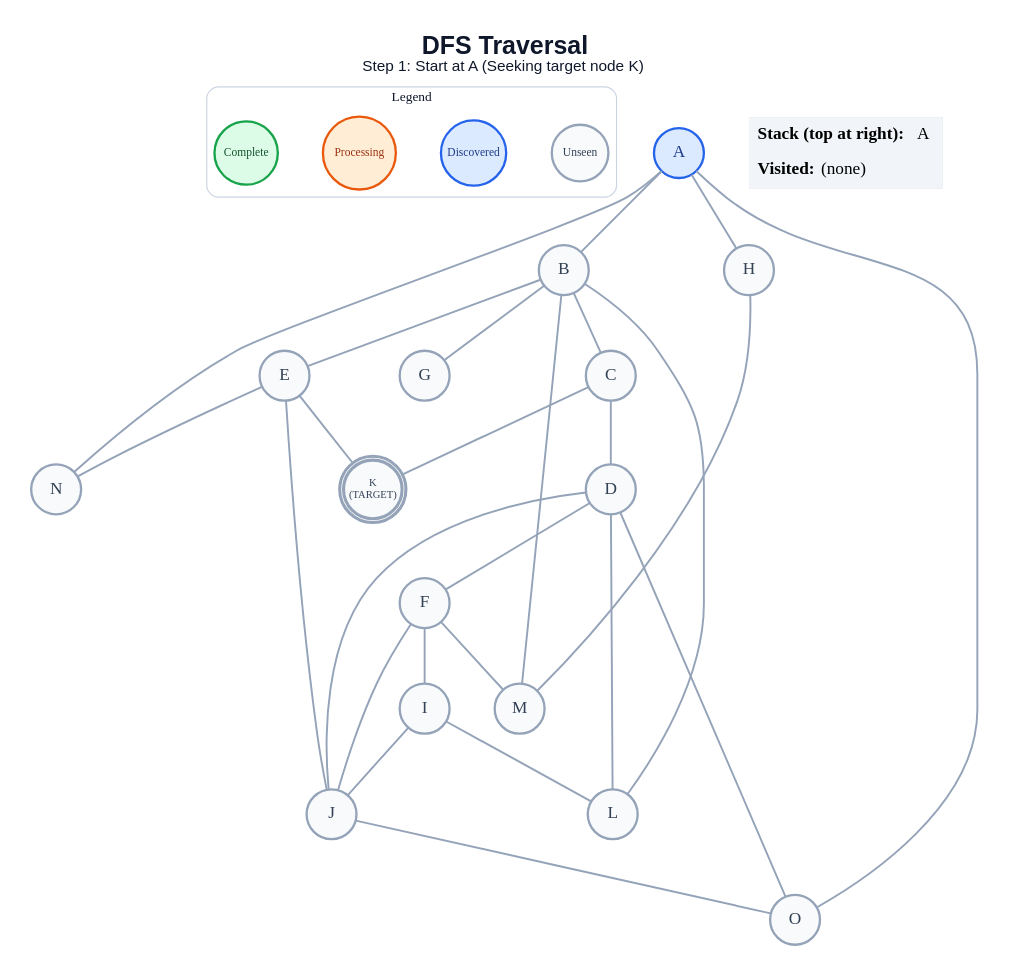
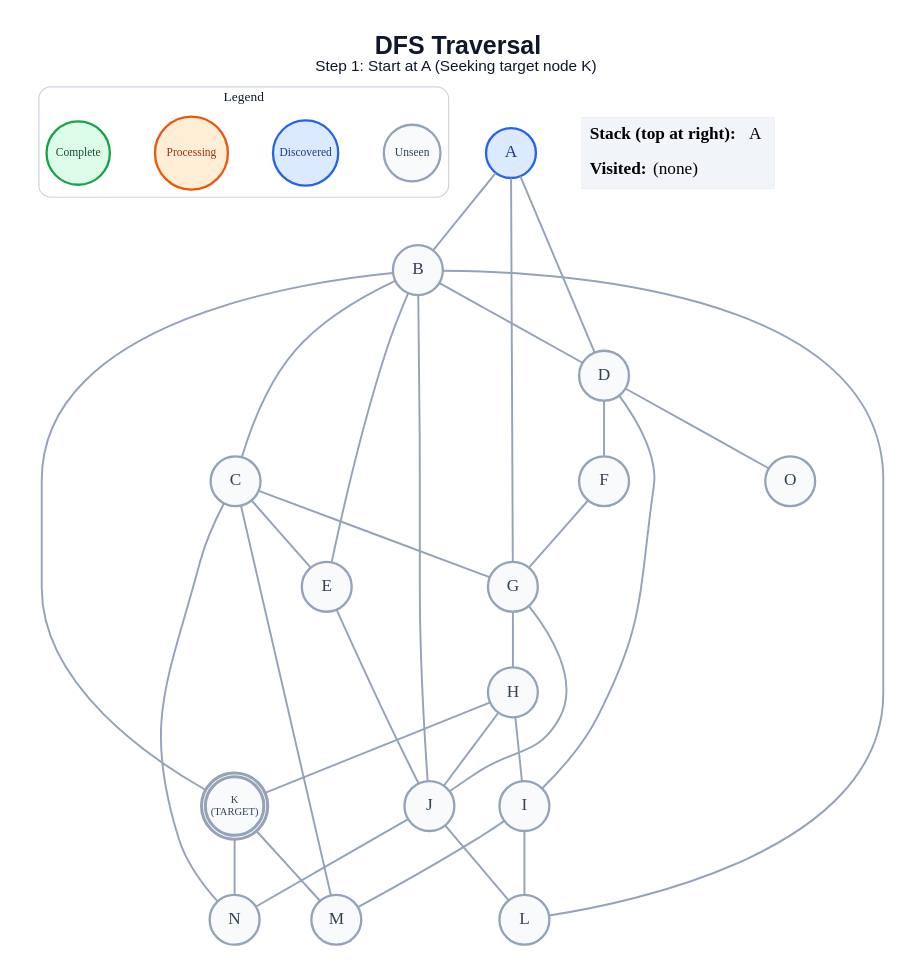
The diagram in generated/dfs/step_01.dot (anon7238593-create/ai-slop), drawn with Graphviz before and after one commit. The commit also changed 253 other files, not shown here.

```diff
--- a/generated/dfs/step_01.dot
+++ b/generated/dfs/step_01.dot
@@ -1,59 +1,63 @@
 graph traversal {
   graph [layout=dot, rankdir=TB, bgcolor="#FFFFFF", pad="0.35", nodesep="0.65", ranksep="0.8", fontname="Arial"];
   node [shape=circle, style="filled", fontname="Arial Bold", fontsize=18, width=0.72, fixedsize=true, penwidth=2.4];
   edge [color="#94A3B8", penwidth=2.0];
   label=<<B>DFS Traversal</B><BR/><FONT POINT-SIZE="16">Step 1: Start at A (Seeking target node K)</FONT>>; labelloc="t"; fontsize=26; fontname="Arial"; fontcolor="#0F172A";
   subgraph cluster_legend { label="Legend"; color="#CBD5E1"; penwidth=1.2; style="rounded"; fontsize=14; fontname="Arial Bold";
     key_unseen [label="Unseen", fillcolor="#F8FAFC", color="#94A3B8", fontcolor="#334155", fontsize=12, width=0.82];
     key_frontier [label="Discovered", fillcolor="#DBEAFE", color="#2563EB", fontcolor="#1E3A8A", fontsize=12, width=0.95];
     key_current [label="Processing", fillcolor="#FFEDD5", color="#EA580C", fontcolor="#9A3412", fontsize=12, width=1.05];
     key_done [label="Complete", fillcolor="#DCFCE7", color="#16A34A", fontcolor="#14532D", fontsize=12, width=0.92];
     { rank=same; key_unseen; key_frontier; key_current; key_done; }
   }
   A [label="A", fillcolor="#DBEAFE", color="#2563EB", fontcolor="#1E3A8A", peripheries=1, penwidth=2.4];
   B [label="B", fillcolor="#F8FAFC", color="#94A3B8", fontcolor="#334155", peripheries=1, penwidth=2.4];
   C [label="C", fillcolor="#F8FAFC", color="#94A3B8", fontcolor="#334155", peripheries=1, penwidth=2.4];
   D [label="D", fillcolor="#F8FAFC", color="#94A3B8", fontcolor="#334155", peripheries=1, penwidth=2.4];
   E [label="E", fillcolor="#F8FAFC", color="#94A3B8", fontcolor="#334155", peripheries=1, penwidth=2.4];
   F [label="F", fillcolor="#F8FAFC", color="#94A3B8", fontcolor="#334155", peripheries=1, penwidth=2.4];
   G [label="G", fillcolor="#F8FAFC", color="#94A3B8", fontcolor="#334155", peripheries=1, penwidth=2.4];
   H [label="H", fillcolor="#F8FAFC", color="#94A3B8", fontcolor="#334155", peripheries=1, penwidth=2.4];
   I [label="I", fillcolor="#F8FAFC", color="#94A3B8", fontcolor="#334155", peripheries=1, penwidth=2.4];
   J [label="J", fillcolor="#F8FAFC", color="#94A3B8", fontcolor="#334155", peripheries=1, penwidth=2.4];
   K [label="K\n(TARGET)", fillcolor="#F8FAFC", color="#94A3B8", fontcolor="#334155", peripheries=2, penwidth=3.2, fontsize=11, width=0.85, height=0.85];
   L [label="L", fillcolor="#F8FAFC", color="#94A3B8", fontcolor="#334155", peripheries=1, penwidth=2.4];
   M [label="M", fillcolor="#F8FAFC", color="#94A3B8", fontcolor="#334155", peripheries=1, penwidth=2.4];
   N [label="N", fillcolor="#F8FAFC", color="#94A3B8", fontcolor="#334155", peripheries=1, penwidth=2.4];
   O [label="O", fillcolor="#F8FAFC", color="#94A3B8", fontcolor="#334155", peripheries=1, penwidth=2.4];
   A -- B;
-  A -- H;
-  A -- N;
-  A -- O;
+  A -- D;
+  A -- G;
   B -- C;
+  B -- D;
   B -- E;
-  B -- G;
+  B -- J;
+  B -- K;
   B -- L;
-  B -- M;
-  C -- D;
-  C -- K;
+  C -- E;
+  C -- G;
+  C -- M;
+  C -- N;
   D -- F;
-  D -- J;
-  D -- L;
+  D -- I;
   D -- O;
   E -- J;
-  E -- K;
-  E -- N;
-  F -- I;
-  F -- J;
-  F -- M;
-  H -- M;
-  I -- J;
+  F -- G;
+  G -- H;
+  G -- J;
+  H -- I;
+  H -- J;
+  H -- K;
   I -- L;
-  J -- O;
+  I -- M;
+  J -- L;
+  J -- N;
+  K -- M;
+  K -- N;
   status [shape=plain, fixedsize=false, width=0, height=0, margin=0, label=<
     <TABLE BORDER="0" CELLBORDER="0" CELLPADDING="7" BGCOLOR="#F1F5F9">
       <TR><TD ALIGN="LEFT"><B>Stack (top at right):</B> A</TD></TR>
       <TR><TD ALIGN="LEFT"><B>Visited:</B> (none)</TD></TR>
     </TABLE>
   >];
 }
```
